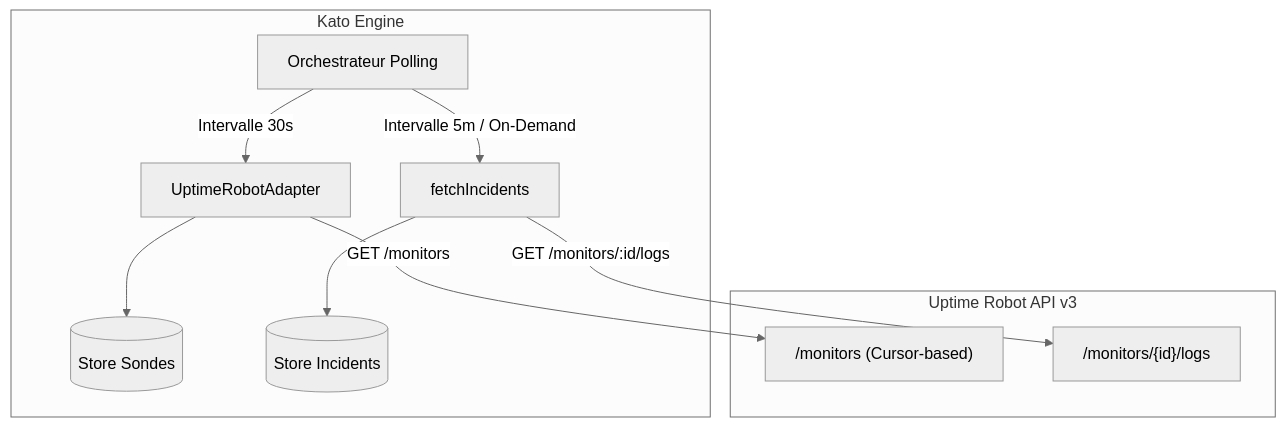
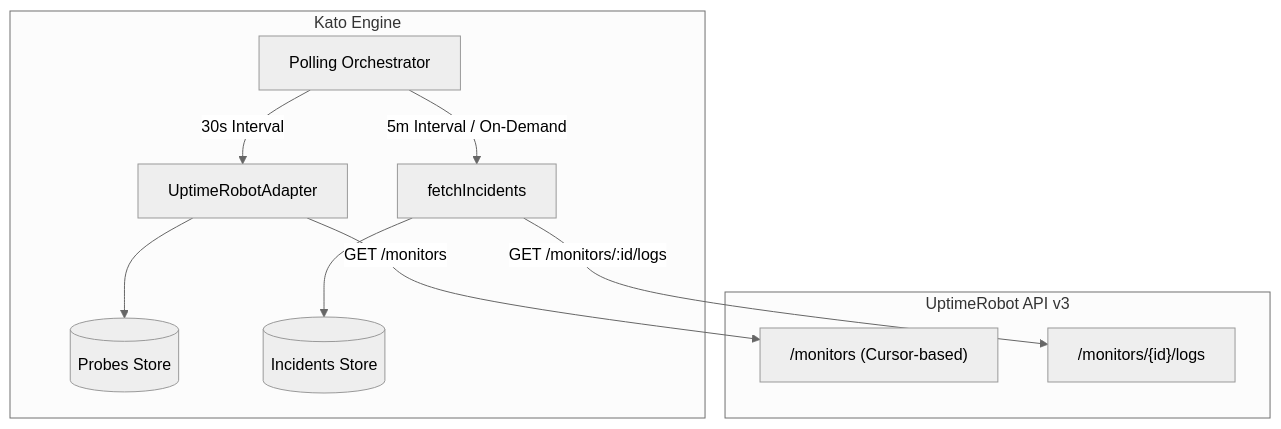
Before and after one commit to Kwaadpepper/kato-dashboard: the diagram in docs/UPTIME_ROBOT_API.md, drawn with Mermaid (neutral theme). The commit also changed other lines of this file and 70 other files, not shown here.

````diff
--- a/docs/UPTIME_ROBOT_API.md
+++ b/docs/UPTIME_ROBOT_API.md
@@ -11,14 +11,14 @@
 ```mermaid
 flowchart TD
     subgraph Kato Engine
-        Scheduler[Orchestrateur Polling] -->|Intervalle 30s| Adapter[UptimeRobotAdapter]
-        Scheduler -->|Intervalle 5m / On-Demand| AdapterIncidents[fetchIncidents]
-        Adapter --> ProbeStore[(Store Sondes)]
-        AdapterIncidents --> IncidentStore[(Store Incidents)]
+        Scheduler[Polling Orchestrator] -->|30s Interval| Adapter[UptimeRobotAdapter]
+        Scheduler -->|5m Interval / On-Demand| AdapterIncidents[fetchIncidents]
+        Adapter --> ProbeStore[(Probes Store)]
+        AdapterIncidents --> IncidentStore[(Incidents Store)]
     end
 
-    subgraph Uptime Robot API v3
+    subgraph UptimeRobot API v3
         Adapter -->|GET /monitors| API_Monitors["/monitors (Cursor-based)"]
         AdapterIncidents -->|GET /monitors/:id/logs| API_Logs["/monitors/{id}/logs"]
     end
 ```
````
